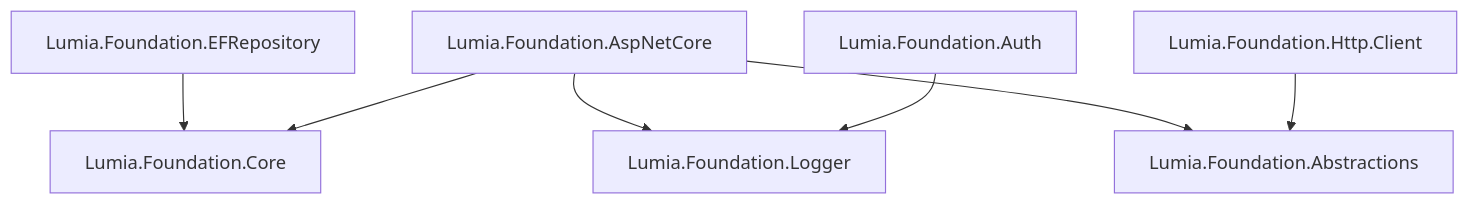
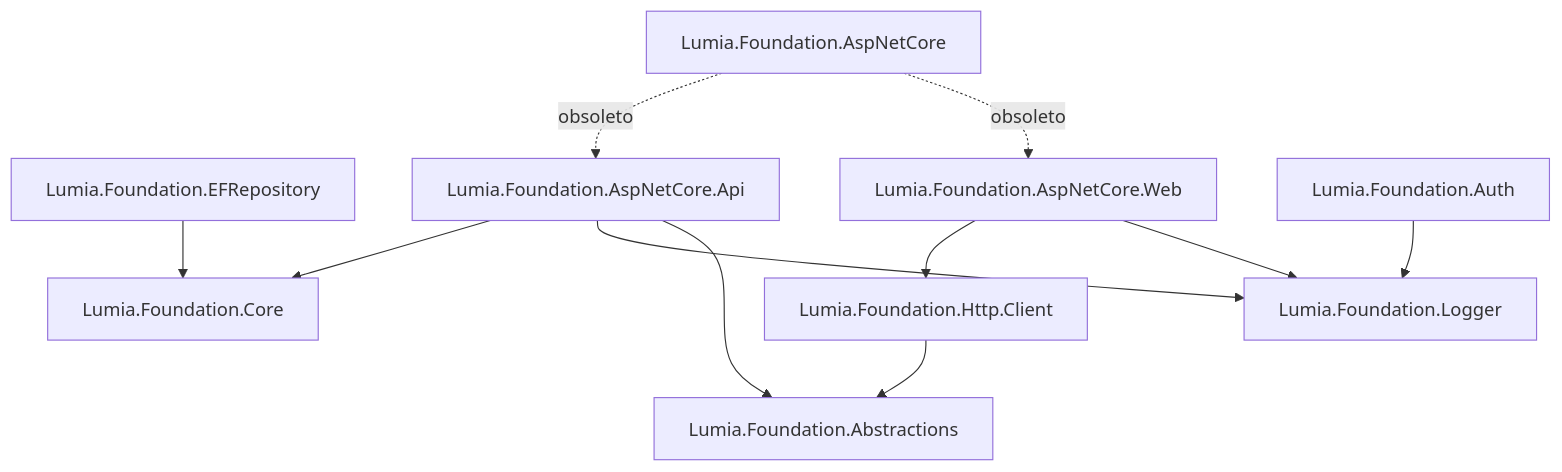
The diagram in readme.md (JeannAndrade/Lumia.Foundation), drawn with Mermaid before and after one commit. The commit also changed other lines of this file and 64 other files, not shown here.

Commit message:
Separação do projeto aspnetcore em api e web

````diff
--- a/readme.md
+++ b/readme.md
@@ -42,17 +45,23 @@
 ```mermaid
 graph TD
     Core[Lumia.Foundation.Core]
     Abstractions[Lumia.Foundation.Abstractions]
     Logger[Lumia.Foundation.Logger]
     EFRepository[Lumia.Foundation.EFRepository]
-    AspNetCore[Lumia.Foundation.AspNetCore]
+    Api[Lumia.Foundation.AspNetCore.Api]
+    Web[Lumia.Foundation.AspNetCore.Web]
+    Legacy[Lumia.Foundation.AspNetCore]
     Auth[Lumia.Foundation.Auth]
     HttpClient[Lumia.Foundation.Http.Client]
 
     EFRepository --> Core
-    AspNetCore --> Core
-    AspNetCore --> Logger
-    AspNetCore --> Abstractions
+    Api --> Core
+    Api --> Logger
+    Api --> Abstractions
+    Web --> HttpClient
+    Web --> Logger
+    Legacy -. obsoleto .-> Api
+    Legacy -. obsoleto .-> Web
     Auth --> Logger
     HttpClient --> Abstractions
 ```
````
